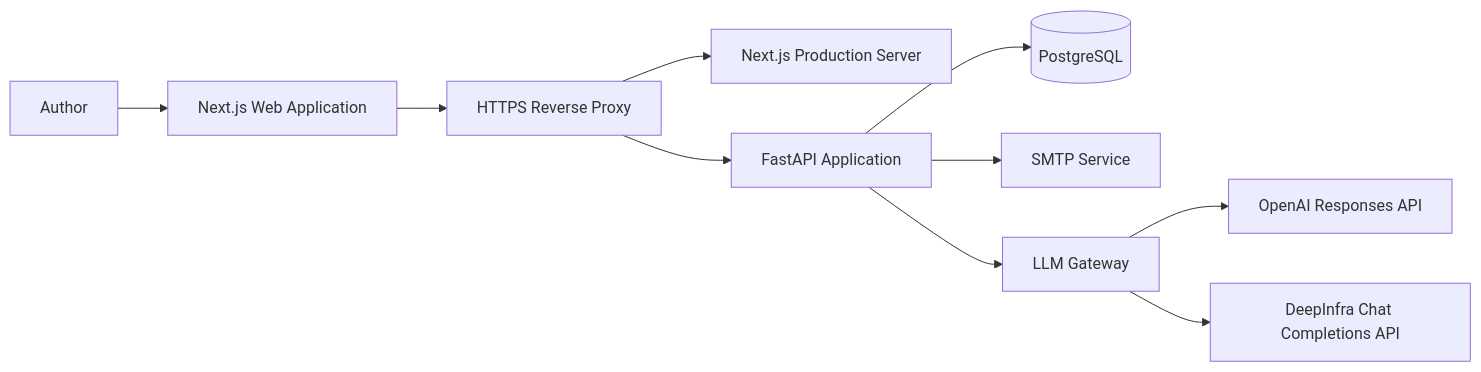
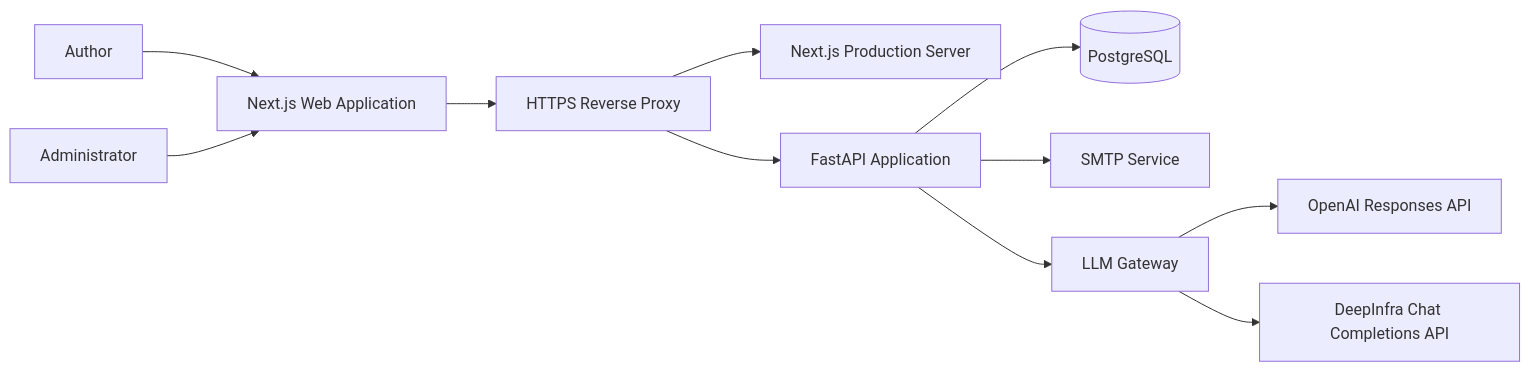
One commit to FoLAWy-py/Witscraft changed the first of 4 diagrams in system architecture.md. Above: the diagram before and after it, drawn with Mermaid. The commit also changed other lines of this file and 29 other files, not shown here.

````diff
--- a/system architecture.md
+++ b/system architecture.md
@@ -29,12 +29,13 @@
 ```mermaid
 flowchart LR
     User["Author"] --> Browser["Next.js Web Application"]
+    Administrator["Administrator"] --> Browser
     Browser --> Proxy["HTTPS Reverse Proxy"]
     Proxy --> Web["Next.js Production Server"]
     Proxy --> API["FastAPI Application"]
     API --> Database[("PostgreSQL")]
     API --> SMTP["SMTP Service"]
     API --> Gateway["LLM Gateway"]
     Gateway --> OpenAI["OpenAI Responses API"]
     Gateway --> DeepInfra["DeepInfra Chat Completions API"]
 ```
````
